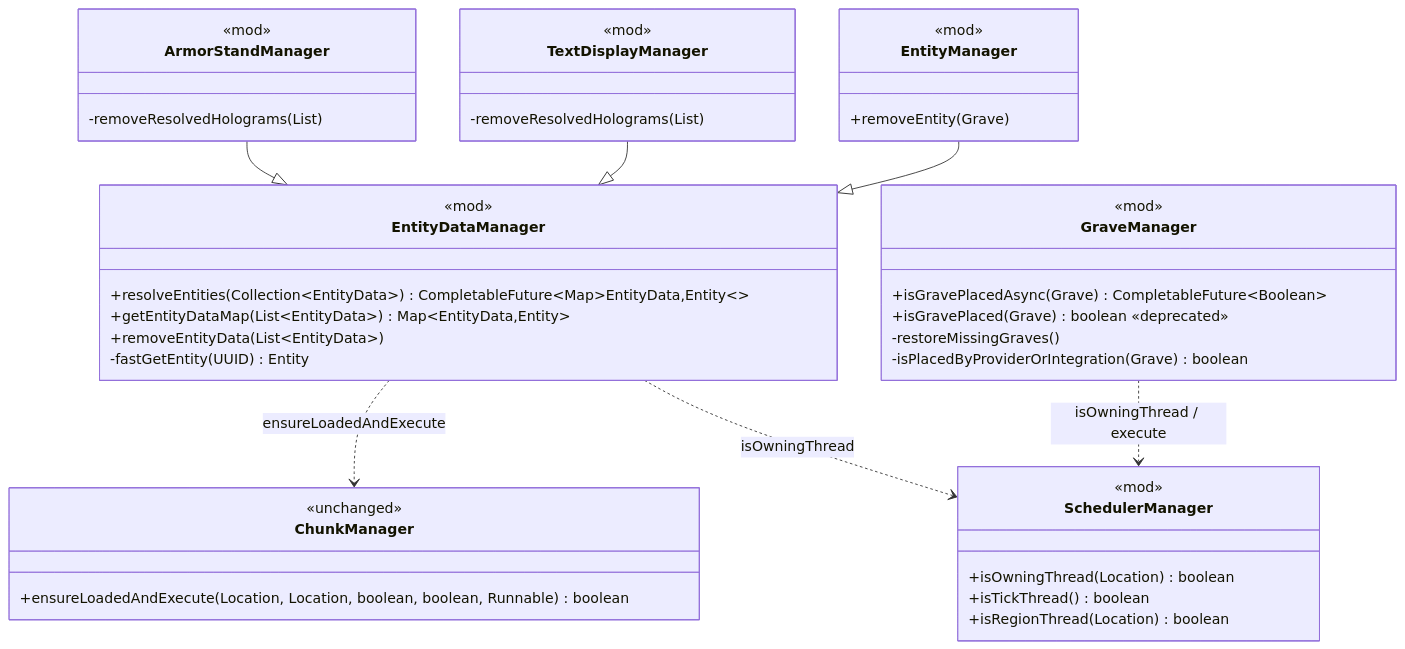
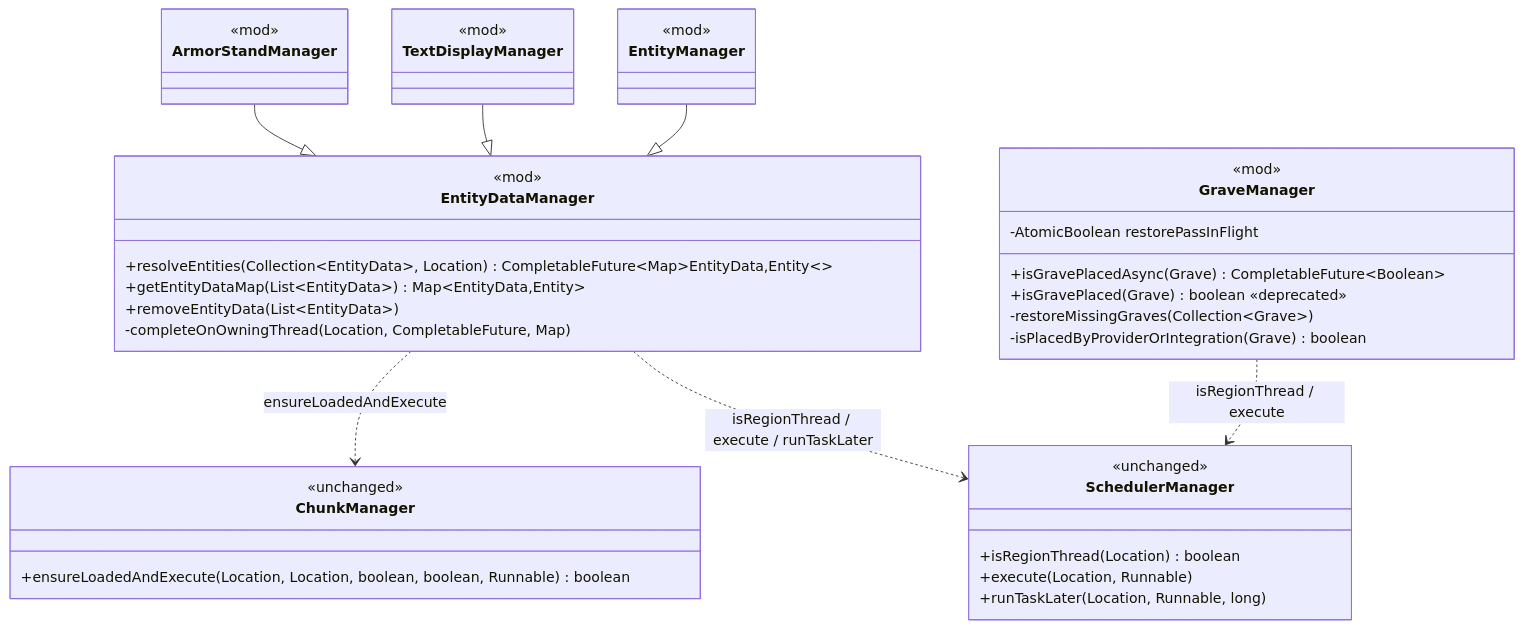
The second of 3 diagrams in docs/lld/performance/phase-1-main-thread-stall-remediation.md (DiamondDagger590/gravesx), drawn with Mermaid before and after one commit. The commit also changed other lines of this file, not shown here.

First line of the commit message:
Revise main-thread stall LLD after design review

````diff
--- a/docs/lld/performance/phase-1-main-thread-stall-remediation.md
+++ b/docs/lld/performance/phase-1-main-thread-stall-remediation.md
@@ -181,52 +214,48 @@
 ```mermaid
 classDiagram
     class EntityDataManager {
         <<mod>>
-        +resolveEntities(Collection~EntityData~) CompletableFuture~Map~EntityData,Entity~~
+        +resolveEntities(Collection~EntityData~, Location) CompletableFuture~Map~EntityData,Entity~~
         +getEntityDataMap(List~EntityData~) Map~EntityData,Entity~
         +removeEntityData(List~EntityData~)
-        -fastGetEntity(UUID) Entity
+        -completeOnOwningThread(Location, CompletableFuture, Map)
     }
 
     class ChunkManager {
         <<unchanged>>
         +ensureLoadedAndExecute(Location, Location, boolean, boolean, Runnable) boolean
     }
 
     class SchedulerManager {
-        <<mod>>
-        +isOwningThread(Location) boolean
-        +isTickThread() boolean
+        <<unchanged>>
         +isRegionThread(Location) boolean
+        +execute(Location, Runnable)
+        +runTaskLater(Location, Runnable, long)
     }
 
     class ArmorStandManager {
         <<mod>>
-        -removeResolvedHolograms(List)
     }
-
     class TextDisplayManager {
         <<mod>>
-        -removeResolvedHolograms(List)
     }
-
     class EntityManager {
         <<mod>>
-        +removeEntity(Grave)
     }
 
     class GraveManager {
         <<mod>>
         +isGravePlacedAsync(Grave) CompletableFuture~Boolean~
         +isGravePlaced(Grave) boolean «deprecated»
-        -restoreMissingGraves()
+        -restoreMissingGraves(Collection~Grave~)
         -isPlacedByProviderOrIntegration(Grave) boolean
+        -AtomicBoolean restorePassInFlight
     }
 
     ArmorStandManager --|> EntityDataManager
     TextDisplayManager --|> EntityDataManager
     EntityManager --|> EntityDataManager
     EntityDataManager ..> ChunkManager : ensureLoadedAndExecute
-    GraveManager ..> SchedulerManager : isOwningThread / execute
-    EntityDataManager ..> SchedulerManager : isOwningThread
+    EntityDataManager ..> SchedulerManager : isRegionThread / execute / runTaskLater
+    GraveManager ..> SchedulerManager : isRegionThread / execute
 ```
````
